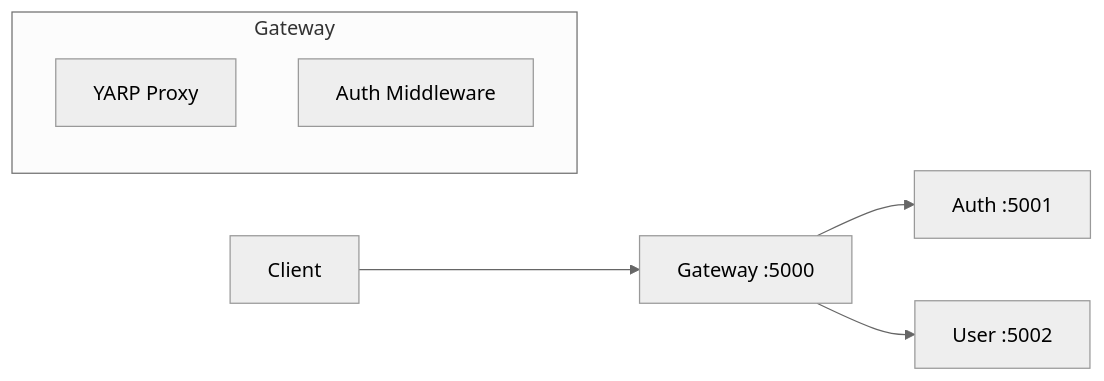
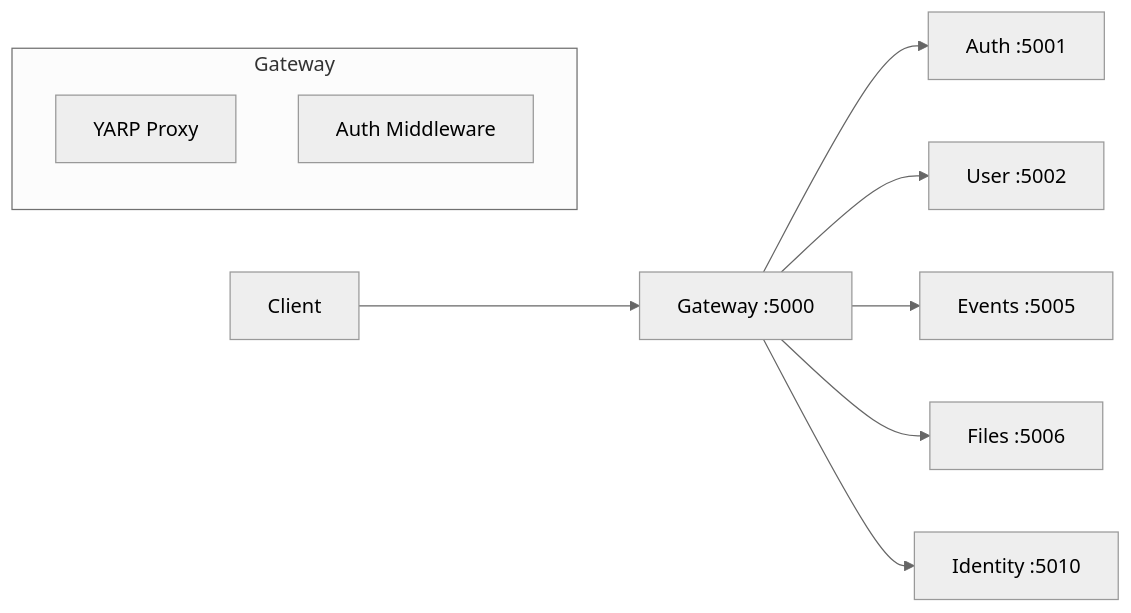
The first of 2 diagrams in docs/guide/services/gateway.md (Nechja/hellArch), drawn with Mermaid (neutral theme) before and after one commit. The commit also changed other lines of this file and 34 other files, not shown here.

````diff
--- a/docs/guide/services/gateway.md
+++ b/docs/guide/services/gateway.md
@@ -9,12 +9,15 @@
 ```mermaid
 graph LR
     CLIENT[Client] --> GW[Gateway :5000]
 
     subgraph Gateway
         YARP[YARP Proxy]
         MW[Auth Middleware]
     end
 
     GW --> AUTH[Auth :5001]
     GW --> USER[User :5002]
+    GW --> EVENTS[Events :5005]
+    GW --> FILES[Files :5006]
+    GW --> IDENTITY[Identity :5010]
 ```
````
